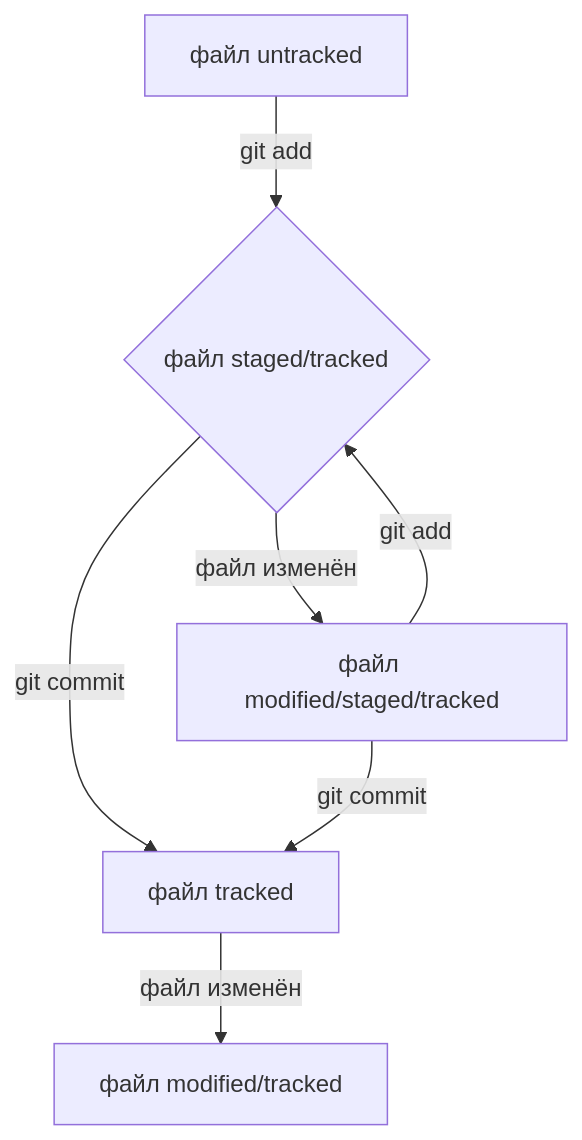
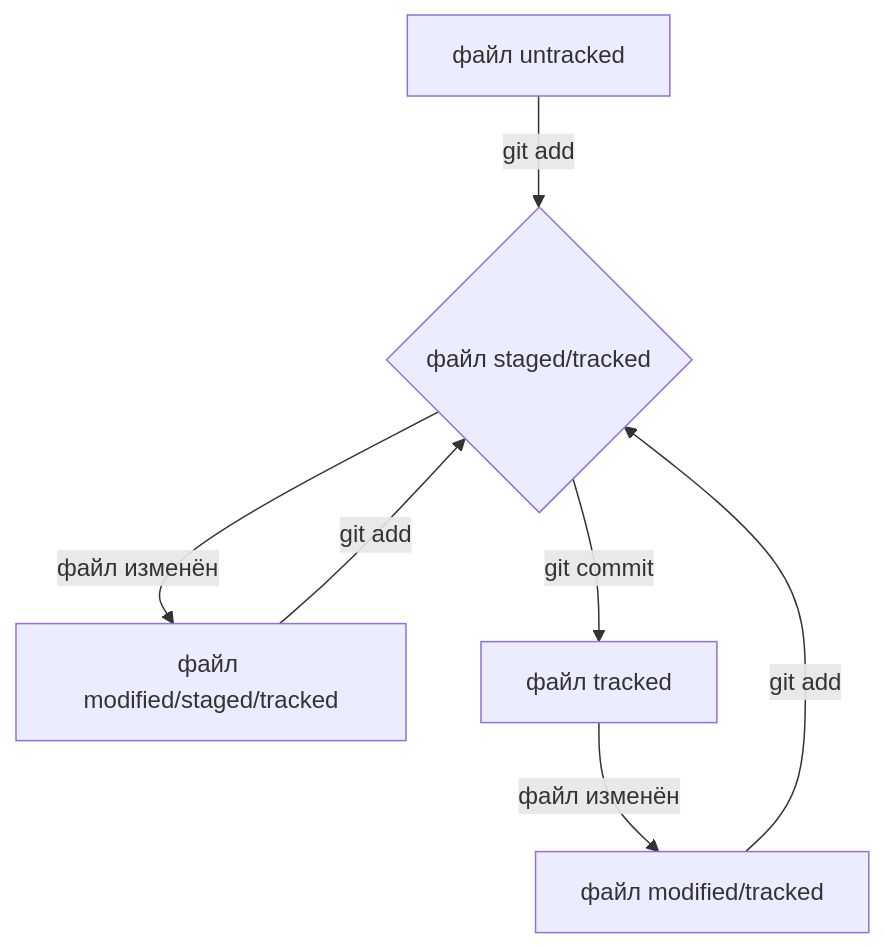
The diagram in README.md (melnik-yuliya/Git-case), drawn with Mermaid before and after one commit.

````diff
--- a/README.md
+++ b/README.md
@@ -142,9 +142,9 @@
 ```mermaid
 flowchart TD
 A[файл untracked]-- git add --> B{файл staged/tracked};
 B -- файл изменён --> C[файл modified/staged/tracked];
 B -- git commit --> D[файл tracked];
-C -- git commit --> D;
 C -- git add --> B;
 D -- файл изменён --> F[файл modified/tracked];
+F -- git add --> B;
 ```
````
